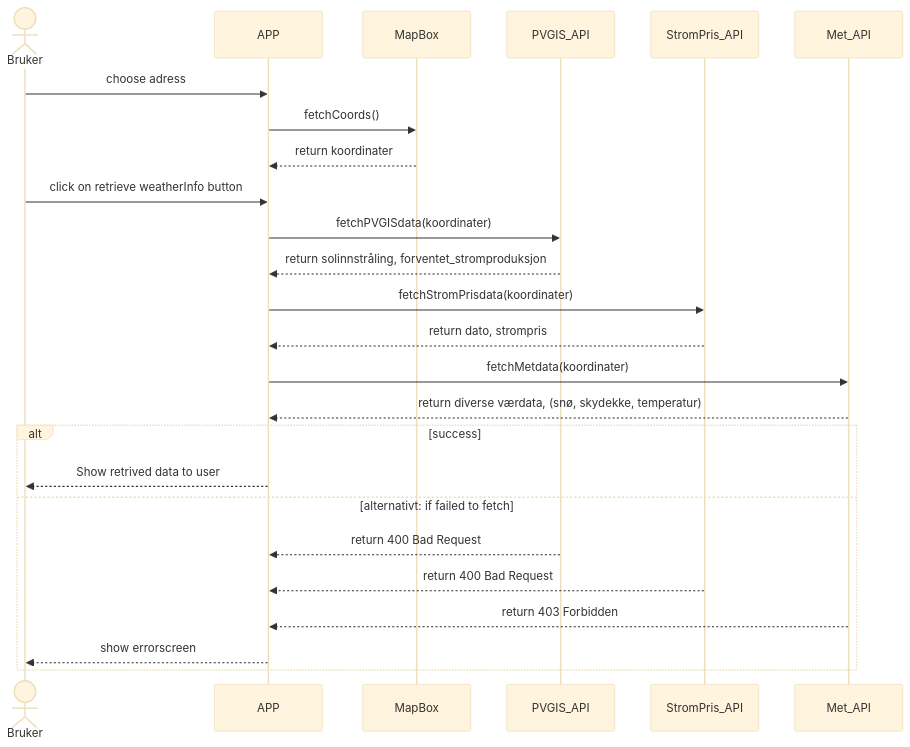
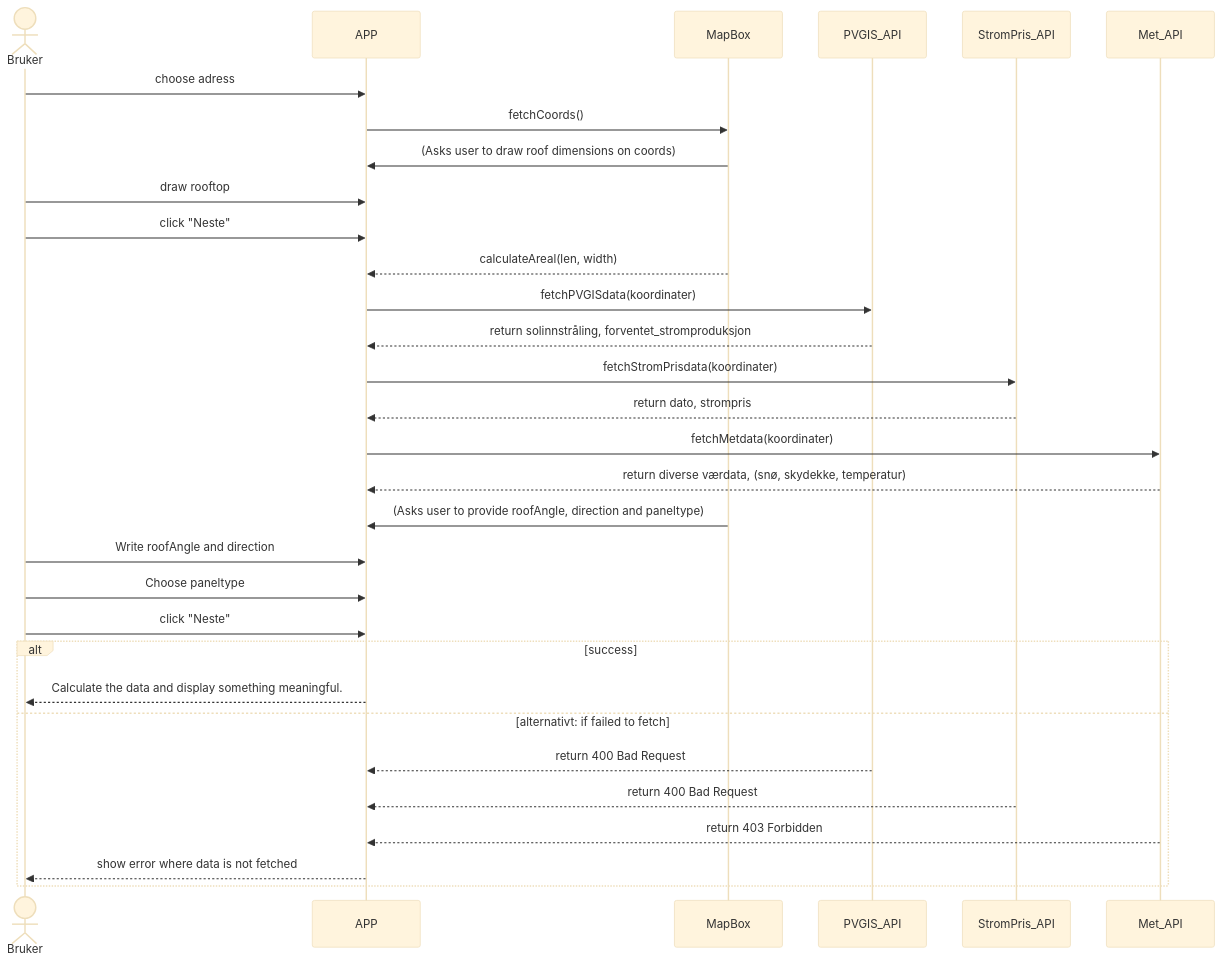
Before and after one commit to niklasanesen/wattsupsun: the second of 2 diagrams in MODELING.md, drawn with Mermaid (base theme). The commit also changed other lines of this file and 3 other files, not shown here.

Commit message:
clas diagrams are just crazy, sorry

````diff
--- a/MODELING.md
+++ b/MODELING.md
@@ -70,46 +70,54 @@
 ```mermaid
 
 sequenceDiagram
 
     actor Bruker
     participant APP
     participant MapBox
     participant PVGIS_API
     participant StromPris_API
     participant Met_API
 
     Bruker ->> APP: choose adress
     APP ->> MapBox: fetchCoords()
-    MapBox -->> APP: return koordinater
+    MapBox ->> APP: (Asks user to draw roof dimensions on coords)
 
-    
-    Bruker ->> APP: click on retrieve weatherInfo button
+    Bruker ->> APP: draw rooftop
+    Bruker ->> APP: click "Neste"
+
+    MapBox -->> APP: calculateAreal(len, width)
 
     APP ->> PVGIS_API: fetchPVGISdata(koordinater)
     PVGIS_API -->> APP: return solinnstråling, forventet_stromproduksjon
 
     APP ->> StromPris_API: fetchStromPrisdata(koordinater)
     StromPris_API -->> APP: return dato, strompris
 
     APP ->> Met_API: fetchMetdata(koordinater)
     Met_API -->> APP: return diverse værdata, (snø, skydekke, temperatur)
 
+    MapBox ->> APP: (Asks user to provide roofAngle, direction and paneltype)
+
+    Bruker ->> APP: Write roofAngle and direction
+    Bruker ->> APP: Choose paneltype
+    Bruker ->> APP: click "Neste"
+
     
 
     alt success
-        APP -->> Bruker: Show retrived data to user
+        APP -->> Bruker: Calculate the data and display something meaningful.
 
     else alternativt: if failed to fetch
 
         PVGIS_API -->> APP: return 400 Bad Request
 
         StromPris_API -->> APP: return 400 Bad Request
 
         Met_API -->> APP: return 403 Forbidden
 
-        APP -->> Bruker: show errorscreen
+        APP -->> Bruker: show error where data is not fetched
 
     end
 
 
 ```
````
